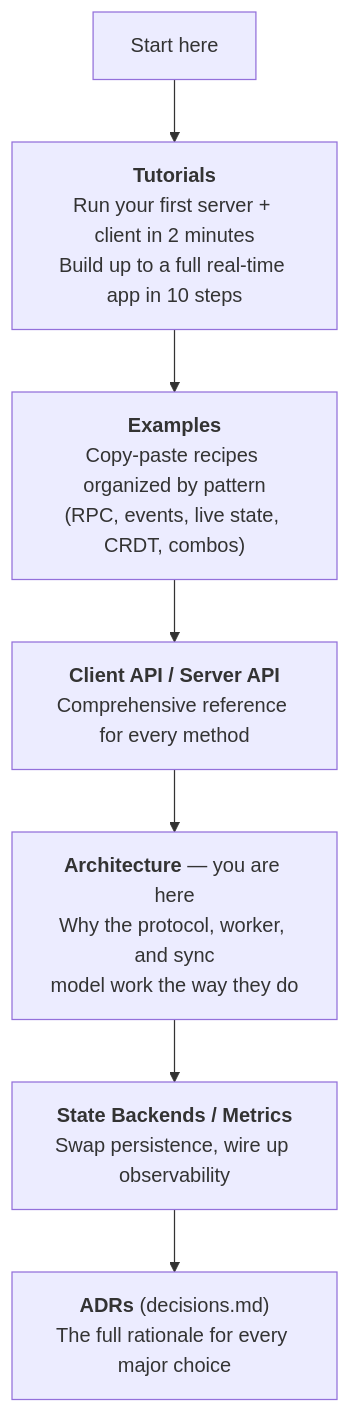
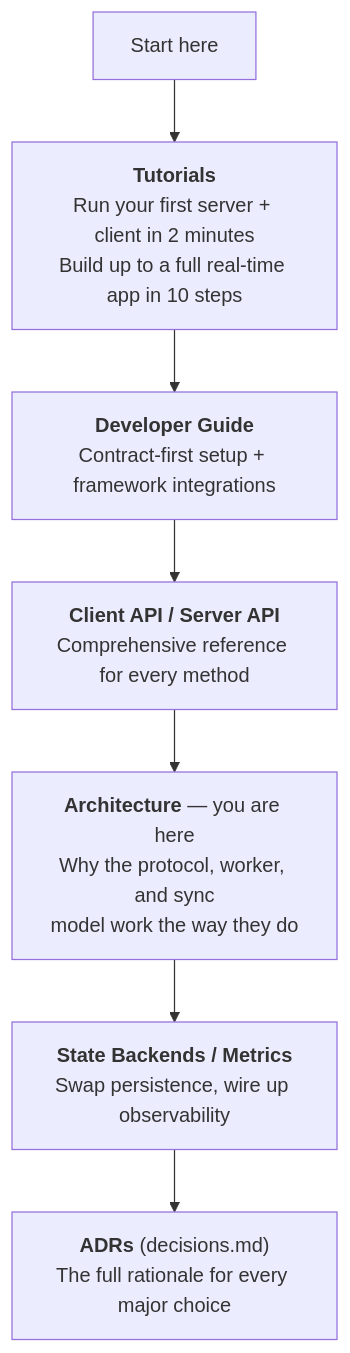
Before and after one commit to mayanklahiri/datasole: the second of 6 diagrams in docs/architecture.md, drawn with Mermaid. The commit also changed other lines of this file and 92 other files, not shown here.

First line of the commit message:
dx: make demos the canonical contract-first path [ADR-014][ADR-015]

````diff
--- a/docs/architecture.md
+++ b/docs/architecture.md
@@ -13,9 +112,9 @@
 ```mermaid
 flowchart TD
     A["Start here"] --> B["<b>Tutorials</b><br/>Run your first server + client in 2 minutes<br/>Build up to a full real-time app in 10 steps"]
-    B --> C["<b>Examples</b><br/>Copy-paste recipes organized by pattern<br/>(RPC, events, live state, CRDT, combos)"]
+    B --> C["<b>Developer Guide</b><br/>Contract-first setup + framework integrations"]
     C --> D["<b>Client API / Server API</b><br/>Comprehensive reference for every method"]
     D --> E["<b>Architecture</b> — you are here<br/>Why the protocol, worker, and sync<br/>model work the way they do"]
     E --> F["<b>State Backends / Metrics</b><br/>Swap persistence, wire up observability"]
     F --> G["<b>ADRs</b> (decisions.md)<br/>The full rationale for every major choice"]
 ```
````
